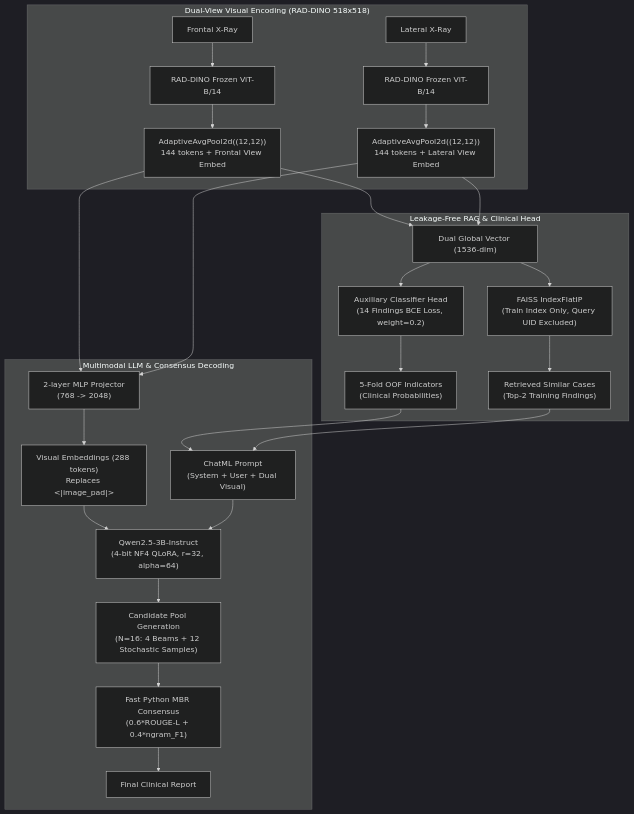
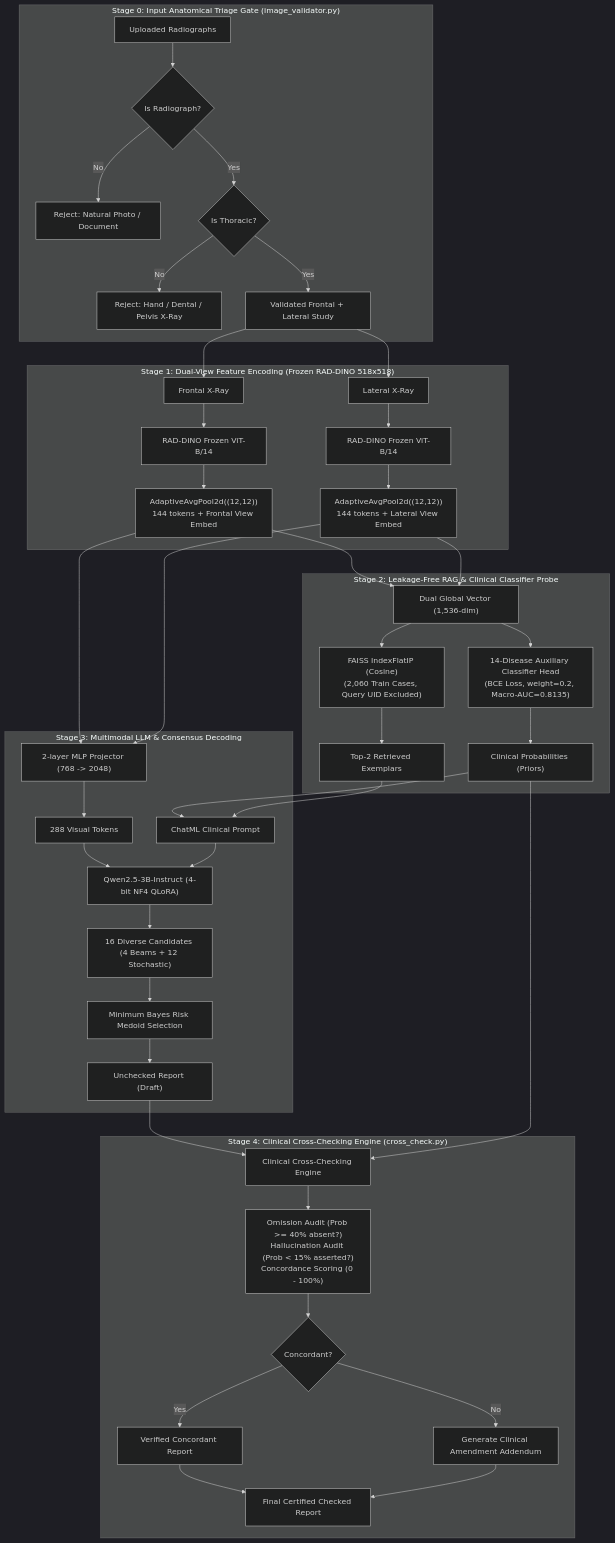
Before and after one commit to kushwanth-masupalli/capstone-sota: the diagram in README.md, drawn with Mermaid (dark theme). The commit also changed other lines of this file and 40 other files, not shown here.

Commit message:
feat: implement clinical cross-checking engine, anatomical triage gate, full-stack web UI, and update documentation

````diff
--- a/README.md
+++ b/README.md
@@ -57,27 +72,45 @@
 ```mermaid
 graph TD
-    subgraph Vision ["Dual-View Visual Encoding (RAD-DINO 518x518)"]
-        F[Frontal X-Ray] --> VF[RAD-DINO Frozen ViT-B/14]
-        L[Lateral X-Ray] --> VL[RAD-DINO Frozen ViT-B/14]
+    subgraph Triage ["Stage 0: Input Anatomical Triage Gate (image_validator.py)"]
+        INP[Uploaded Radiographs] --> V_XRAY{Is Radiograph?}
+        V_XRAY -- No --> REJ1[Reject: Natural Photo / Document]
+        V_XRAY -- Yes --> V_CHEST{Is Thoracic?}
+        V_CHEST -- No --> REJ2[Reject: Hand / Dental / Pelvis X-Ray]
+        V_CHEST -- Yes --> VALID[Validated Frontal + Lateral Study]
+    end
+
+    subgraph Vision ["Stage 1: Dual-View Feature Encoding (Frozen RAD-DINO 518x518)"]
+        VALID --> F[Frontal X-Ray] & L[Lateral X-Ray]
+        F --> VF[RAD-DINO Frozen ViT-B/14]
+        L --> VL[RAD-DINO Frozen ViT-B/14]
         VF --> PF["AdaptiveAvgPool2d((12,12))\n144 tokens + Frontal View Embed"]
         VL --> PL["AdaptiveAvgPool2d((12,12))\n144 tokens + Lateral View Embed"]
     end
 
-    subgraph RAG_and_Priors ["Leakage-Free RAG & Clinical Head"]
-        PF & PL --> DUAL_GLOB["Dual Global Vector (1536-dim)"]
-        DUAL_GLOB --> FAISS["FAISS IndexFlatIP\n(Train Index Only, Query UID Excluded)"]
-        FAISS --> SIM["Retrieved Similar Cases\n(Top-2 Training Findings)"]
-        DUAL_GLOB --> HEAD["Auxiliary Classifier Head\n(14 Findings BCE Loss, weight=0.2)"]
-        HEAD --> PRIORS["5-Fold OOF Indicators\n(Clinical Probabilities)"]
+    subgraph RAG_and_Probe ["Stage 2: Leakage-Free RAG & Clinical Classifier Probe"]
+        PF & PL --> DUAL_GLOB["Dual Global Vector (1,536-dim)"]
+        DUAL_GLOB --> FAISS["FAISS IndexFlatIP (Cosine)\n(2,060 Train Cases, Query UID Excluded)"]
+        FAISS --> SIM["Top-2 Retrieved Exemplars"]
+        DUAL_GLOB --> PROBE["14-Disease Auxiliary Classifier Head\n(BCE Loss, weight=0.2, Macro-AUC=0.8135)"]
+        PROBE --> PRIORS["Clinical Probabilities (Priors)"]
     end
 
-    subgraph LLM ["Multimodal LLM & Consensus Decoding"]
-        PF & PL --> PROJ["2-layer MLP Projector\n(768 -> 2048)"]
-        PROJ --> FUSE["Visual Embeddings (288 tokens)\nReplaces <|image_pad|>"]
-        PRIORS & SIM --> PROMPT["ChatML Prompt\n(System + User + Dual Visual)"]
-        FUSE & PROMPT --> QWEN["Qwen2.5-3B-Instruct\n(4-bit NF4 QLoRA, r=32, alpha=64)"]
-        QWEN --> POOL["Candidate Pool Generation\n(N=16: 4 Beams + 12 Stochastic Samples)"]
-        POOL --> MBR["Fast Python MBR Consensus\n(0.6*ROUGE-L + 0.4*ngram_F1)"]
-        MBR --> FINAL["Final Clinical Report"]
+    subgraph Generation ["Stage 3: Multimodal LLM & Consensus Decoding"]
+        PF & PL --> PROJ["2-layer MLP Projector (768 -> 2048)"]
+        PROJ --> FUSE["288 Visual Tokens"]
+        PRIORS & SIM --> PROMPT["ChatML Clinical Prompt"]
+        FUSE & PROMPT --> QWEN["Qwen2.5-3B-Instruct (4-bit NF4 QLoRA)"]
+        QWEN --> POOL["16 Diverse Candidates (4 Beams + 12 Stochastic)"]
+        POOL --> MBR["Minimum Bayes Risk Medoid Selection"]
+        MBR --> DRAFT["Unchecked Report (Draft)"]
+    end
+
+    subgraph Verification ["Stage 4: Clinical Cross-Checking Engine (cross_check.py)"]
+        DRAFT & PRIORS --> ENGINE["Clinical Cross-Checking Engine"]
+        ENGINE --> AUDIT["Omission Audit (Prob >= 40% absent?)\nHallucination Audit (Prob < 15% asserted?)\nConcordance Scoring (0 - 100%)"]
+        AUDIT --> STATUS{Concordant?}
+        STATUS -- Yes --> PASS["Verified Concordant Report"]
+        STATUS -- No --> AMEND["Generate Clinical Amendment Addendum"]
+        PASS & AMEND --> FINAL["Final Certified Checked Report"]
     end
 ```
````
